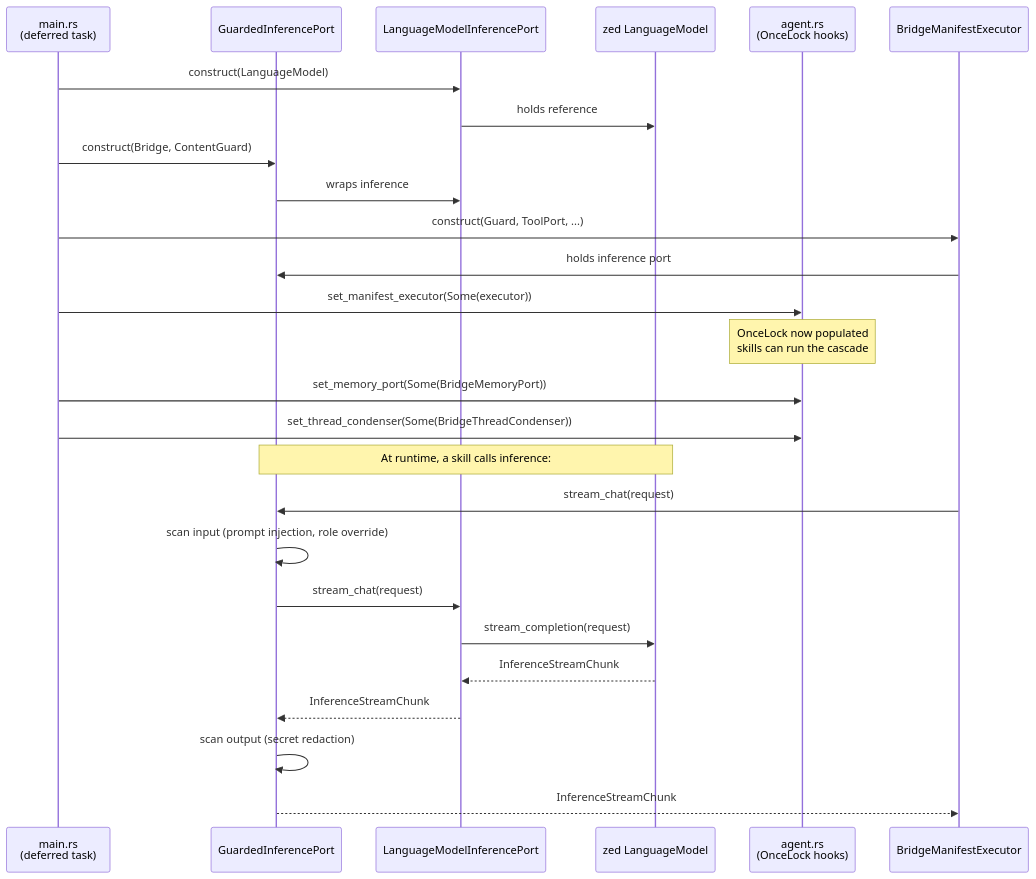
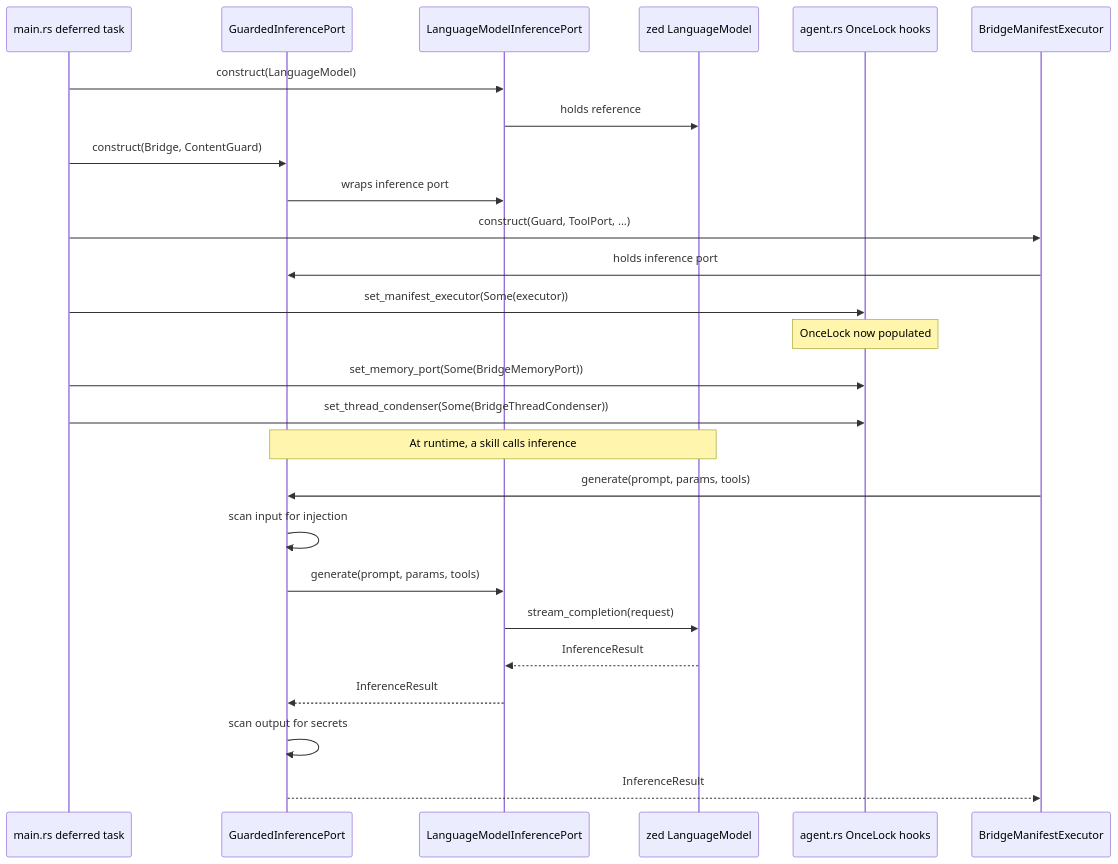
One commit to mdz-axo/zed-kask changed the diagram in kask/docs/diataxis/hkask-types/explanation.md. Above: the diagram before and after it, drawn with Mermaid. The commit also changed other lines of this file and 33 other files, not shown here.

````diff
--- a/kask/docs/diataxis/hkask-types/explanation.md
+++ b/kask/docs/diataxis/hkask-types/explanation.md
@@ -69,30 +69,30 @@
 ```mermaid
 sequenceDiagram
-    participant Main as main.rs<br/>(deferred task)
+    participant Main as main.rs deferred task
     participant Guard as GuardedInferencePort
     participant Bridge as LanguageModelInferencePort
     participant Zed as zed LanguageModel
-    participant Agent as agent.rs<br/>(OnceLock hooks)
+    participant Agent as agent.rs OnceLock hooks
     participant Exec as BridgeManifestExecutor
 
     Main->>Bridge: construct(LanguageModel)
     Bridge->>Zed: holds reference
     Main->>Guard: construct(Bridge, ContentGuard)
-    Guard->>Bridge: wraps inference
+    Guard->>Bridge: wraps inference port
     Main->>Exec: construct(Guard, ToolPort, ...)
     Exec->>Guard: holds inference port
     Main->>Agent: set_manifest_executor(Some(executor))
-    Note over Agent: OnceLock now populated<br/>skills can run the cascade
+    Note over Agent: OnceLock now populated
     Main->>Agent: set_memory_port(Some(BridgeMemoryPort))
     Main->>Agent: set_thread_condenser(Some(BridgeThreadCondenser))
 
-    Note over Guard,Zed: At runtime, a skill calls inference:
-    Exec->>Guard: stream_chat(request)
-    Guard->>Guard: scan input (prompt injection, role override)
-    Guard->>Bridge: stream_chat(request)
+    Note over Guard,Zed: At runtime, a skill calls inference
+    Exec->>Guard: generate(prompt, params, tools)
+    Guard->>Guard: scan input for injection
+    Guard->>Bridge: generate(prompt, params, tools)
     Bridge->>Zed: stream_completion(request)
-    Zed-->>Bridge: InferenceStreamChunk
-    Bridge-->>Guard: InferenceStreamChunk
-    Guard->>Guard: scan output (secret redaction)
-    Guard-->>Exec: InferenceStreamChunk
+    Zed-->>Bridge: InferenceResult
+    Bridge-->>Guard: InferenceResult
+    Guard->>Guard: scan output for secrets
+    Guard-->>Exec: InferenceResult
 ```
````
